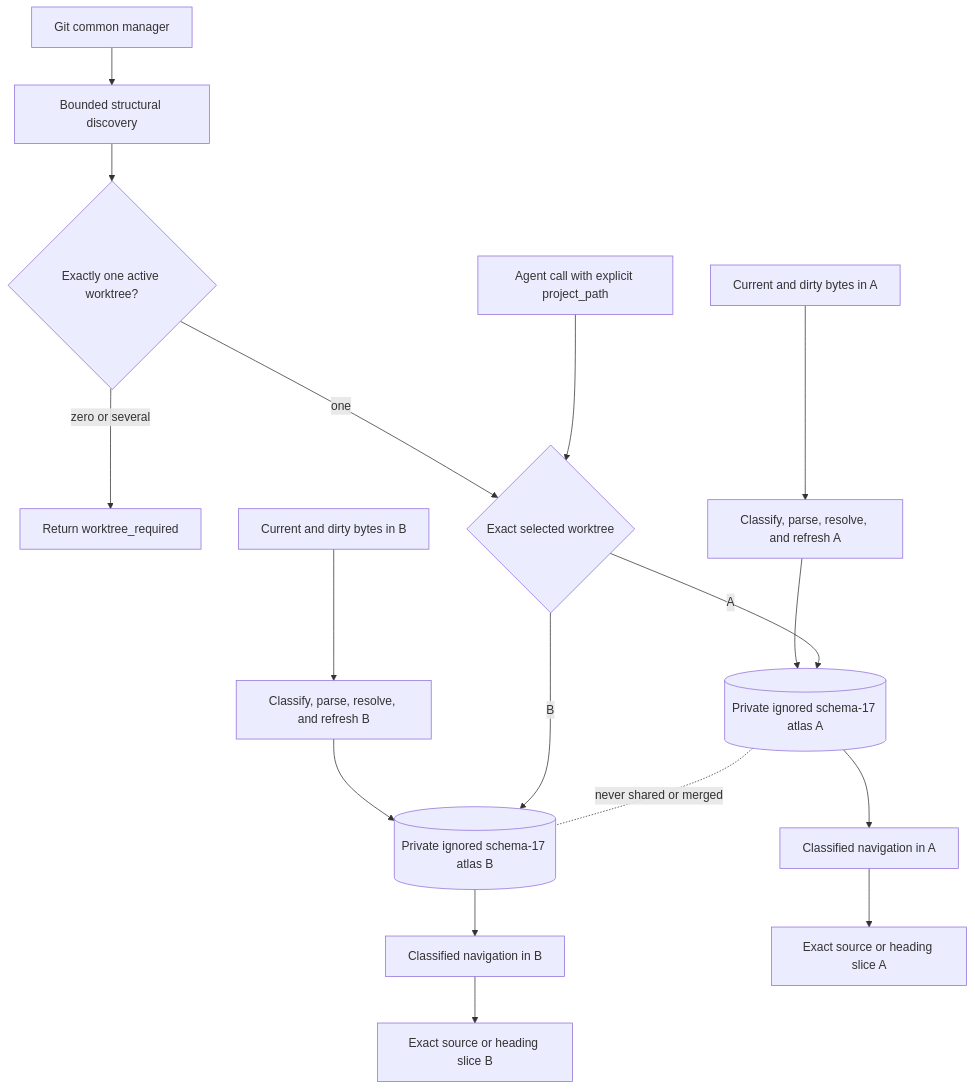
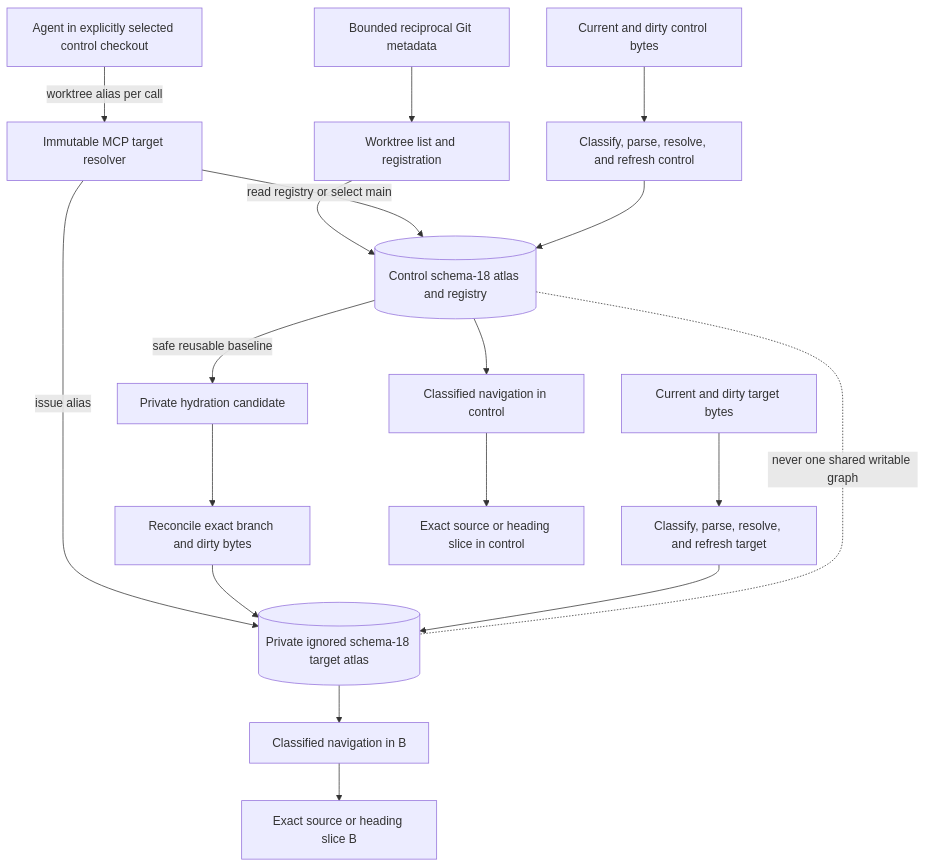
Diagram 26 of 33 in docs/projectatlas-3-architecture.md (styler-ai/ProjectAtlas), drawn with Mermaid before and after one commit. The commit also changed other lines of this file and 56 other files, not shown here.

````diff
--- a/docs/projectatlas-3-architecture.md
+++ b/docs/projectatlas-3-architecture.md
@@ -1797,20 +1807,20 @@
 ```mermaid
 flowchart TB
-    Manager[Git common manager] --> Discover[Bounded structural discovery]
-    Discover --> Count{Exactly one active worktree?}
-    Count -->|zero or several| Required[Return worktree_required]
-    Count -->|one| Selected{Exact selected worktree}
-    Agent[Agent call with explicit project_path] --> Selected
-
-    SavedA[Current and dirty bytes in A] --> BuildA[Classify, parse, resolve, and refresh A]
-    BuildA --> DbA[(Private ignored schema-17 atlas A)]
-    SavedB[Current and dirty bytes in B] --> BuildB[Classify, parse, resolve, and refresh B]
-    BuildB --> DbB[(Private ignored schema-17 atlas B)]
-    Selected -->|A| DbA
-    Selected -->|B| DbB
-    DbA --> NavigateA[Classified navigation in A]
+    Agent[Agent in explicitly selected control checkout] -->|worktree alias per call| Resolver[Immutable MCP target resolver]
+    Git[Bounded reciprocal Git metadata] --> Registry[Worktree list and registration]
+    Registry --> Control
+    Resolver -->|read registry or select main| Control[(Control schema-18 atlas and registry)]
+    Resolver -->|issue alias| DbB[(Private ignored schema-18 target atlas)]
+    Control -->|safe reusable baseline| Candidate[Private hydration candidate]
+    Candidate --> Reconcile[Reconcile exact branch and dirty bytes]
+    Reconcile --> DbB
+    SavedA[Current and dirty control bytes] --> BuildA[Classify, parse, resolve, and refresh control]
+    BuildA --> Control
+    SavedB[Current and dirty target bytes] --> BuildB[Classify, parse, resolve, and refresh target]
+    BuildB --> DbB
+    Control --> NavigateA[Classified navigation in control]
     DbB --> NavigateB[Classified navigation in B]
-    NavigateA --> SliceA[Exact source or heading slice A]
+    NavigateA --> SliceA[Exact source or heading slice in control]
     NavigateB --> SliceB[Exact source or heading slice B]
-    DbA -. never shared or merged .- DbB
+    Control -. never one shared writable graph .- DbB
 ```
````
